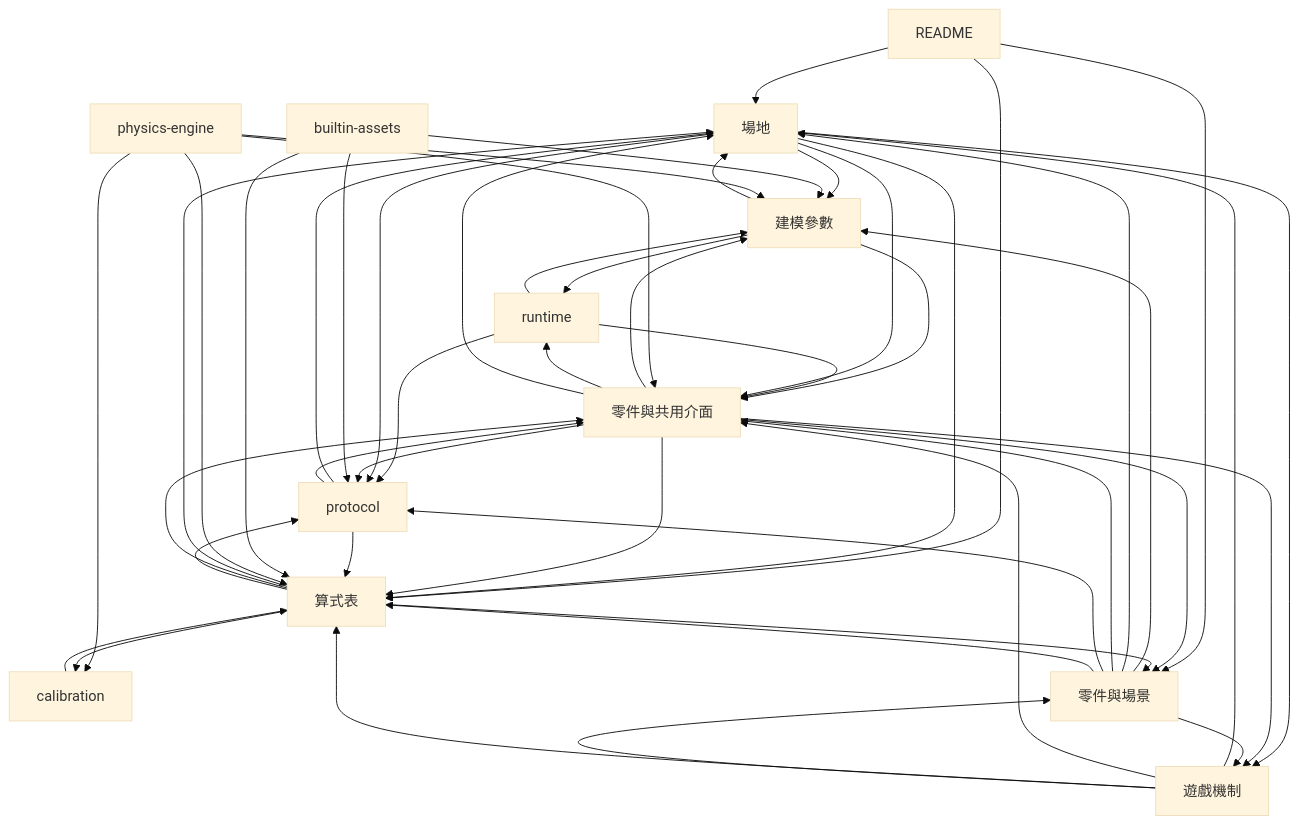
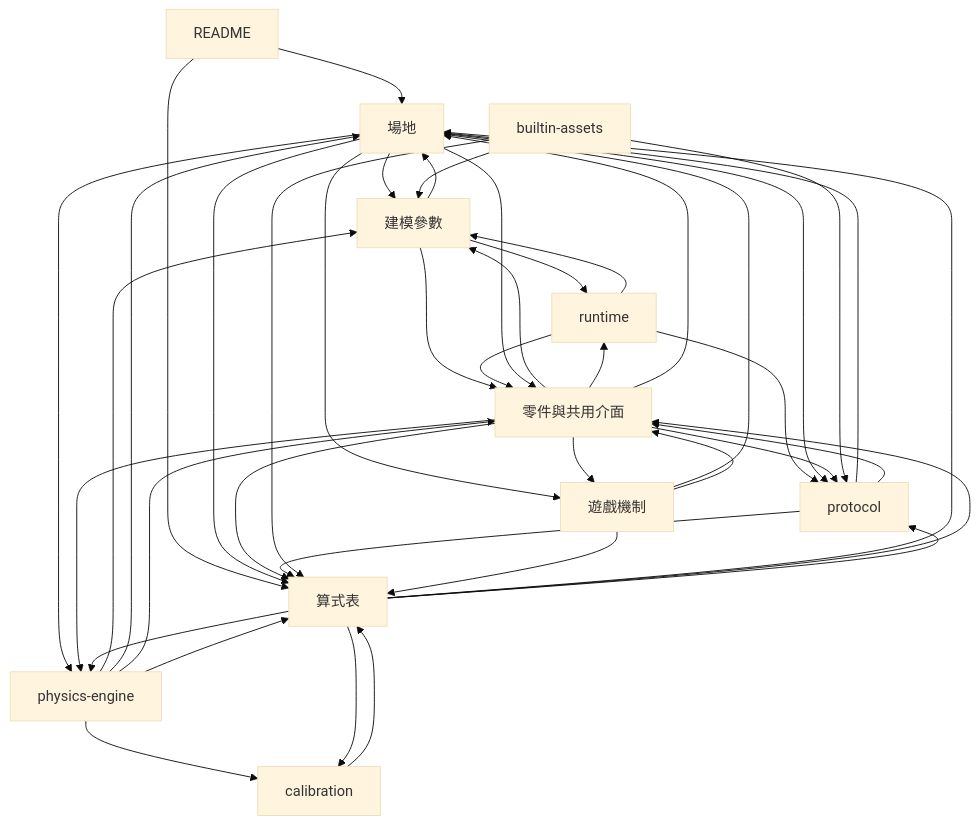
One commit to xjustloveux/open-4wd-specs changed the sixth of 17 diagrams in docs-map.md. Above: the diagram before and after it, drawn with Mermaid (base theme). The commit also changed other lines of this file and 185 other files, not shown here.

````diff
--- a/docs-map.md
+++ b/docs-map.md
@@ -290,62 +294,55 @@
 ```mermaid
 flowchart TB
   n0["README"]
   n1["建模參數"]
   n2["runtime"]
   n3["場地"]
   n4["零件與共用介面"]
   n5["calibration"]
   n6["protocol"]
   n7["builtin-assets"]
   n8["physics-engine"]
   n9["算式表"]
   n10["遊戲機制"]
-  n11["零件與場景"]
   n0 --> n3
   n0 --> n9
-  n0 --> n11
   n1 --> n2
   n1 --> n3
   n1 --> n4
   n2 --> n1
   n2 --> n4
   n2 --> n6
   n3 --> n1
   n3 --> n4
   n3 --> n6
+  n3 --> n8
   n3 --> n9
   n3 --> n10
   n4 --> n1
   n4 --> n2
   n4 --> n3
   n4 --> n6
+  n4 --> n8
   n4 --> n9
   n4 --> n10
-  n4 --> n11
   n5 --> n9
   n6 --> n3
   n6 --> n4
   n6 --> n9
   n7 --> n1
   n7 --> n6
   n7 --> n9
   n8 --> n1
+  n8 --> n3
   n8 --> n4
   n8 --> n5
   n8 --> n9
   n9 --> n3
   n9 --> n4
   n9 --> n5
   n9 --> n6
-  n9 --> n11
+  n9 --> n8
   n10 --> n3
   n10 --> n4
   n10 --> n9
-  n10 --> n11
-  n11 --> n1
-  n11 --> n3
-  n11 --> n4
-  n11 --> n6
-  n11 --> n9
-  n11 --> n10
 ```
````
